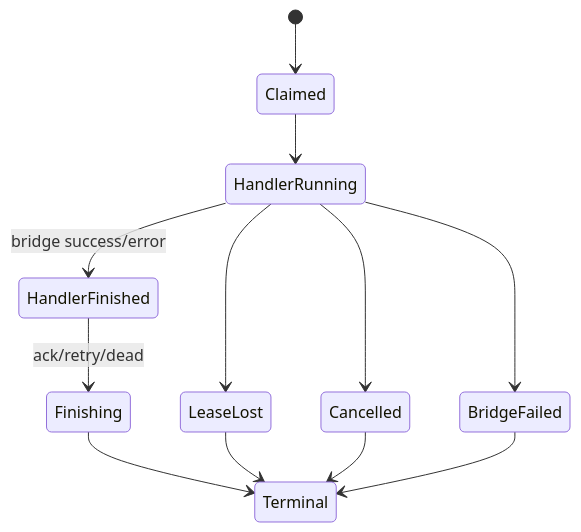
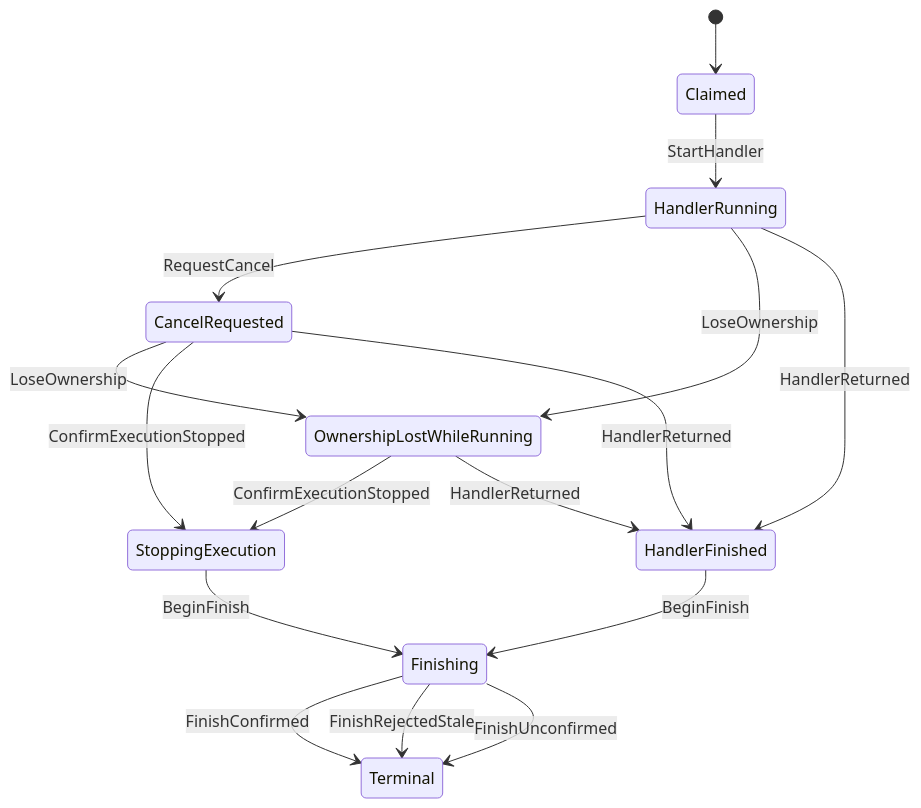
One commit to hewimetall/simple-redis-q changed the third of 3 diagrams in docs/architecture/diagrams.md. Above: the diagram before and after it, drawn with Mermaid. The commit also changed other lines of this file and 26 other files, not shown here.

````diff
--- a/docs/architecture/diagrams.md
+++ b/docs/architecture/diagrams.md
@@ -76,14 +47,18 @@
 ```mermaid
 stateDiagram-v2
   [*] --> Claimed
-  Claimed --> HandlerRunning
-  HandlerRunning --> HandlerFinished: bridge success/error
-  HandlerRunning --> LeaseLost
-  HandlerRunning --> Cancelled
-  HandlerRunning --> BridgeFailed
-  HandlerFinished --> Finishing: ack/retry/dead
-  Finishing --> Terminal
-  LeaseLost --> Terminal
-  Cancelled --> Terminal
-  BridgeFailed --> Terminal
+  Claimed --> HandlerRunning: StartHandler
+  HandlerRunning --> CancelRequested: RequestCancel
+  HandlerRunning --> OwnershipLostWhileRunning: LoseOwnership
+  HandlerRunning --> HandlerFinished: HandlerReturned
+  CancelRequested --> OwnershipLostWhileRunning: LoseOwnership
+  CancelRequested --> StoppingExecution: ConfirmExecutionStopped
+  CancelRequested --> HandlerFinished: HandlerReturned
+  OwnershipLostWhileRunning --> StoppingExecution: ConfirmExecutionStopped
+  OwnershipLostWhileRunning --> HandlerFinished: HandlerReturned
+  StoppingExecution --> Finishing: BeginFinish
+  HandlerFinished --> Finishing: BeginFinish
+  Finishing --> Terminal: FinishConfirmed
+  Finishing --> Terminal: FinishRejectedStale
+  Finishing --> Terminal: FinishUnconfirmed
 ```
````
